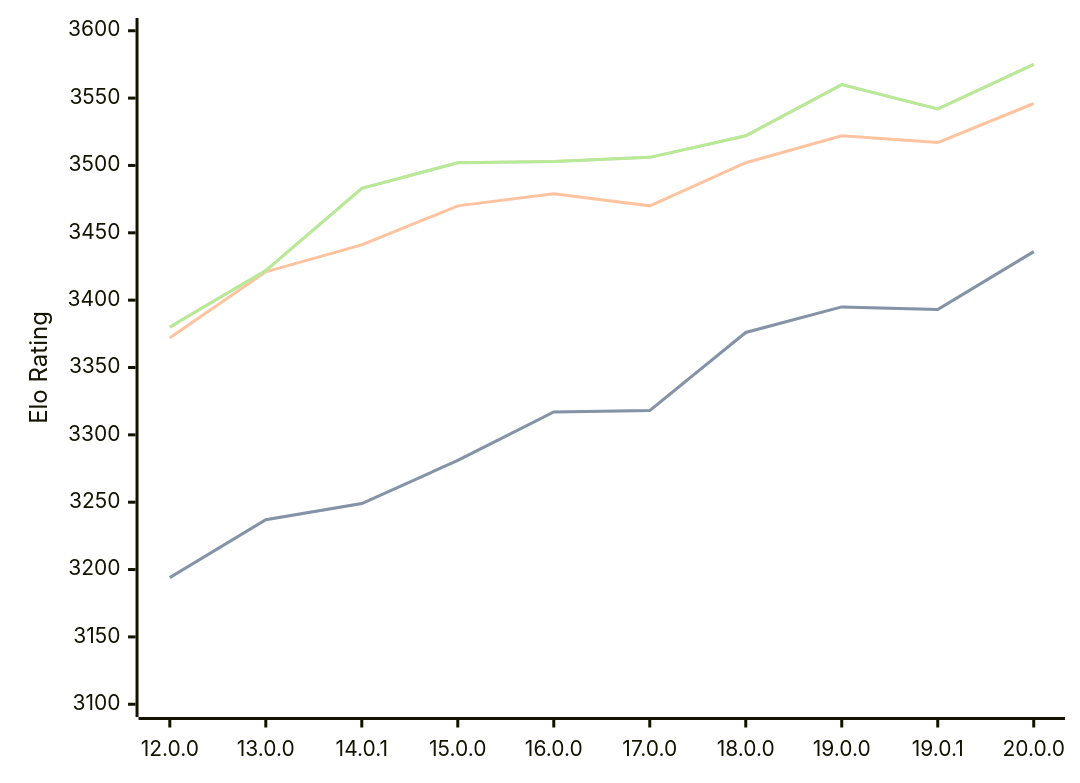
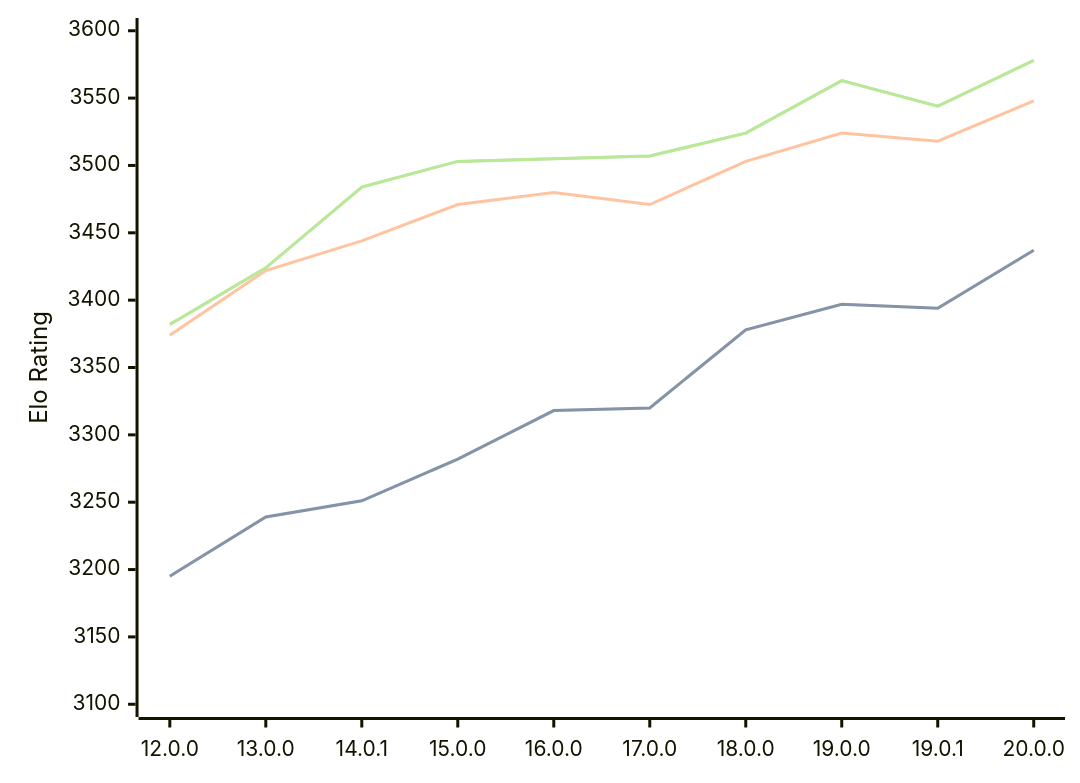
One commit to computer-chess-index/cci changed the diagram in engines/Viridithas.md. Above: the diagram before and after it, drawn with Mermaid. The commit also changed other lines of this file, not shown here.

Commit message:
Update CCI Ratings (ELO VLTC) - 2026-08-15

````diff
--- a/engines/Viridithas.md
+++ b/engines/Viridithas.md
@@ -40,11 +40,11 @@
 ```mermaid
 %%{init: {"theme":"base","themeVariables":{"seriesColors:['#a3a3a3','#222221','#faa371']}}}%%
 xychart-beta
   x-axis ["12.0.0", "13.0.0", "14.0.1", "15.0.0", "16.0.0", "17.0.0", "18.0.0", "19.0.0", "19.0.1", "20.0.0"]
   y-axis "Elo Rating" 3100 --> 3600
-  line "STC (8.0+0.08s)" [3194, 3237, 3249, 3281, 3317, 3318, 3376, 3395, 3393, 3436]
-  line "STC (8.0+0.08s)" [3194, 3237, 3249, 3281, 3317, 3318, 3376, 3395, 3393, 3436]
-  line "LTC (60.0+0.60s)" [3372, 3421, 3441, 3470, 3479, 3470, 3502, 3522, 3517, 3546]
-  line "VLTC (2m24s+1.12s)" [3380, 3422, 3483, 3502, 3503, 3506, 3522, 3560, 3542, 3575]
-  line "VLTC (2m24s+1.12s)" [3380, 3422, 3483, 3502, 3503, 3506, 3522, 3560, 3542, 3575]
+  line "STC (8.0+0.08s)" [3195, 3239, 3251, 3282, 3318, 3320, 3378, 3397, 3394, 3437]
+  line "STC (8.0+0.08s)" [3195, 3239, 3251, 3282, 3318, 3320, 3378, 3397, 3394, 3437]
+  line "LTC (60.0+0.60s)" [3374, 3422, 3444, 3471, 3480, 3471, 3503, 3524, 3518, 3548]
+  line "VLTC (2m24s+1.12s)" [3382, 3424, 3484, 3503, 3505, 3507, 3524, 3563, 3544, 3578]
+  line "VLTC (2m24s+1.12s)" [3382, 3424, 3484, 3503, 3505, 3507, 3524, 3563, 3544, 3578]
 ```
````
